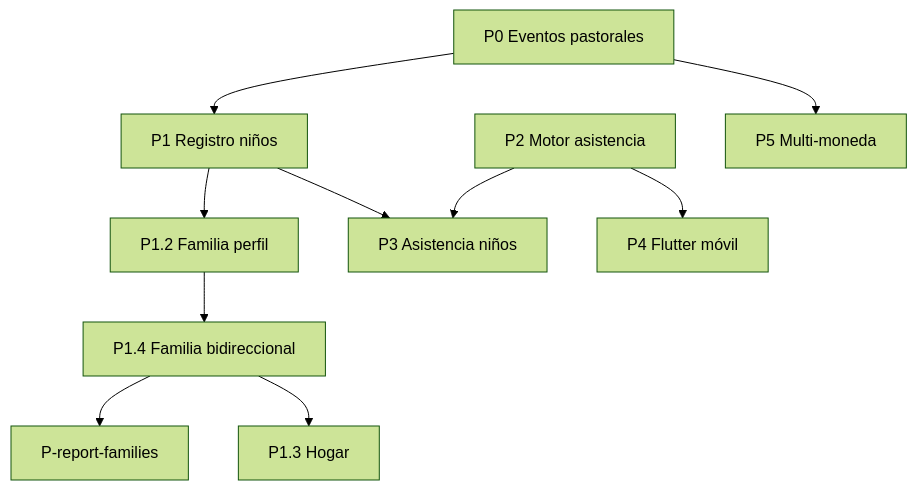
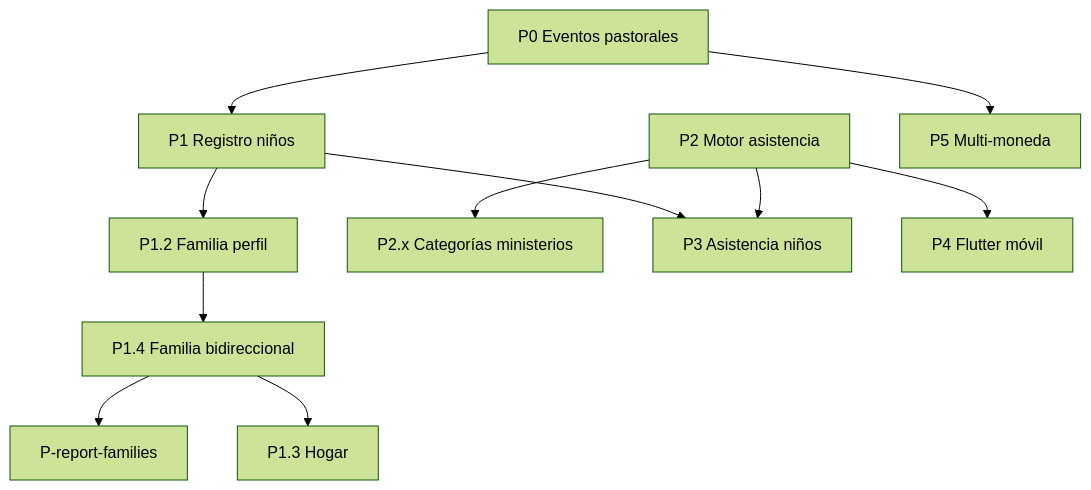
The diagram in mejoras/BACKLOG-POST-REUNION-JUL2026.md (evomaxseipio/evochurch-web), drawn with Mermaid (forest theme) before and after one commit. The commit also changed other lines of this file and 2 other files, not shown here.

````diff
--- a/mejoras/BACKLOG-POST-REUNION-JUL2026.md
+++ b/mejoras/BACKLOG-POST-REUNION-JUL2026.md
@@ -288,23 +308,25 @@
 ```mermaid
 flowchart TD
   P0[P0 Eventos pastorales]
   P1[P1 Registro niños]
   P12[P1.2 Familia perfil]
   P14[P1.4 Familia bidireccional]
   Pref[P-report-families]
   P13[P1.3 Hogar]
   P2[P2 Motor asistencia]
+  P2x[P2.x Categorías ministerios]
   P3[P3 Asistencia niños]
   P4[P4 Flutter móvil]
   P5[P5 Multi-moneda]
 
   P0 --> P1
   P1 --> P12
   P12 --> P14
   P14 --> Pref
   P14 --> P13
   P1 --> P3
+  P2 --> P2x
   P2 --> P3
   P2 --> P4
   P0 --> P5
 ```
````
